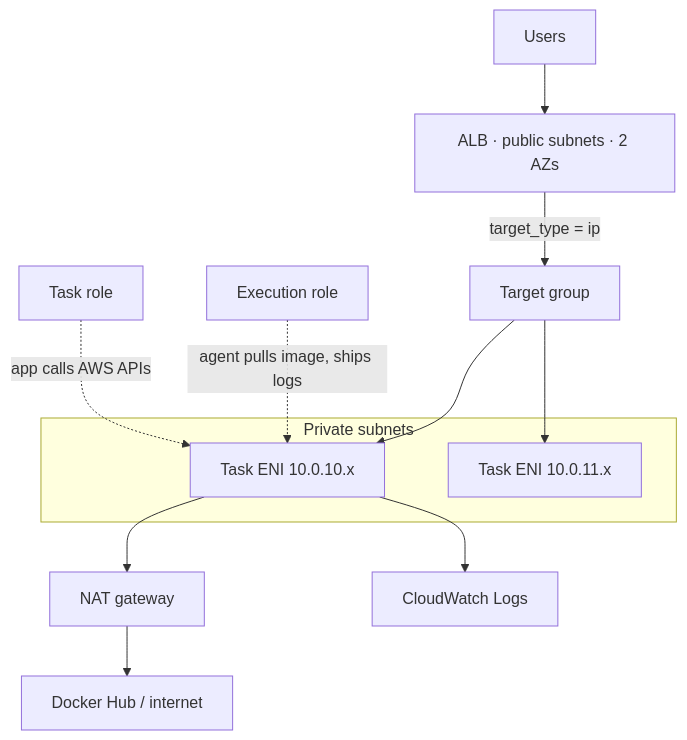
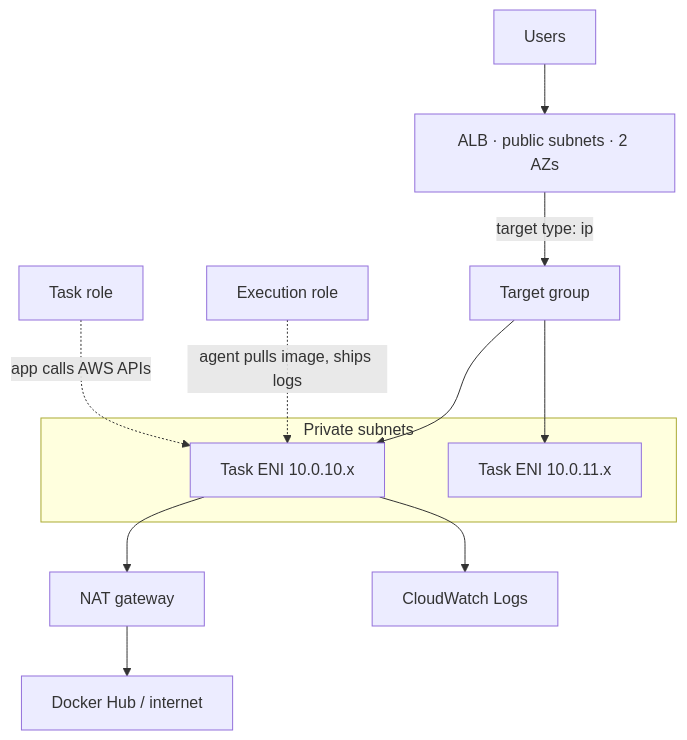
Before and after one commit to rahilbshah/aws-tf-lab: the diagram in aws-tf-lab/17-containers.md, drawn with Mermaid. The commit also changed other lines of this file and 15 other files, not shown here.

````diff
--- a/aws-tf-lab/17-containers.md
+++ b/aws-tf-lab/17-containers.md
@@ -63,15 +63,15 @@
 ```mermaid
 graph TB
   U[Users] --> ALB[ALB · public subnets · 2 AZs]
-  ALB -->|target_type = ip| TG[Target group]
+  ALB -->|target type: ip| TG[Target group]
   TG --> T1[Task ENI 10.0.10.x]
   TG --> T2[Task ENI 10.0.11.x]
   subgraph P [Private subnets]
     T1
     T2
   end
   T1 --> NAT[NAT gateway] --> DH[Docker Hub / internet]
   ER[Execution role] -.->|agent pulls image, ships logs| T1
   TR[Task role] -.->|app calls AWS APIs| T1
   T1 --> CW[CloudWatch Logs]
 ```
````
